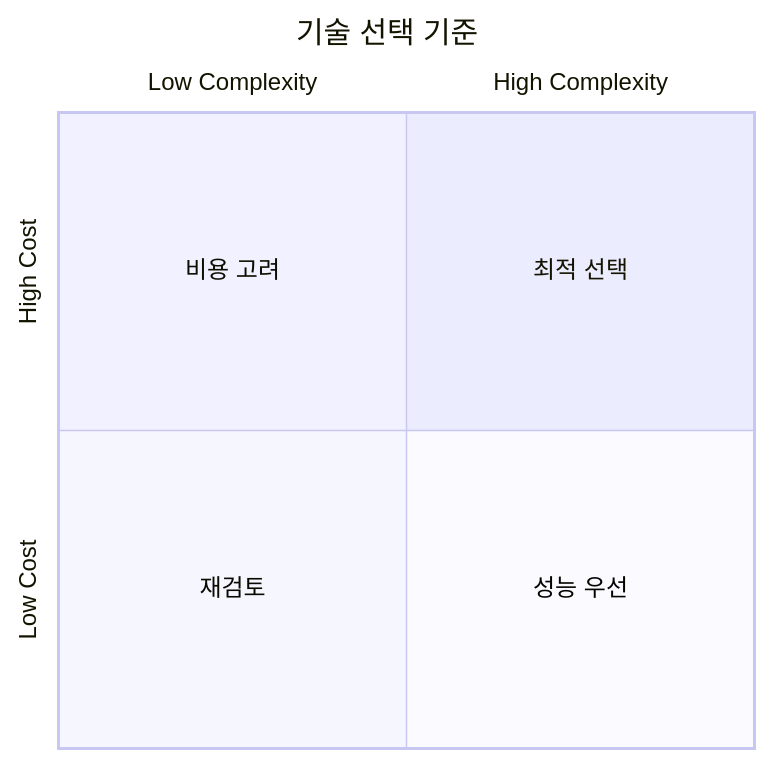
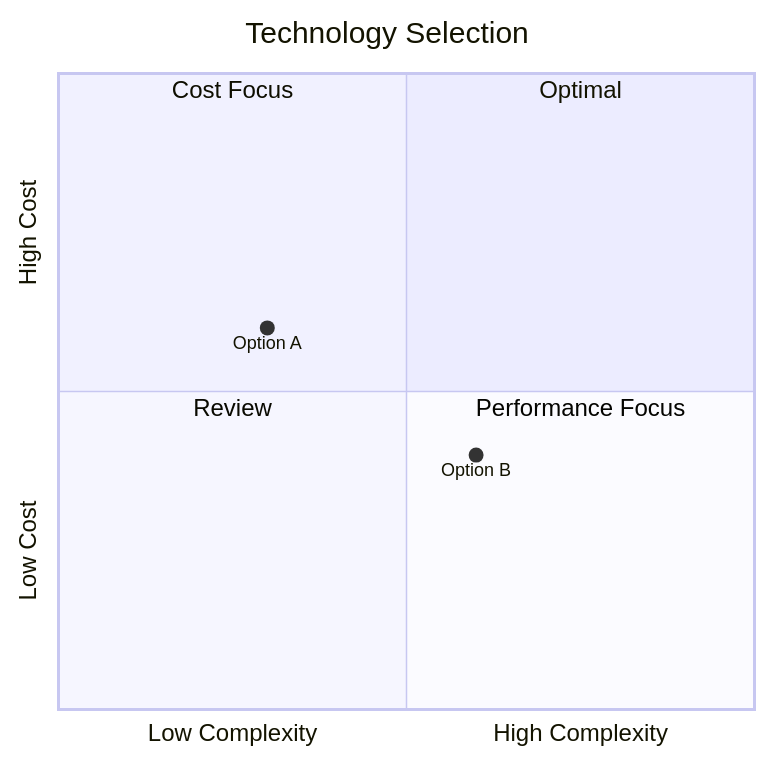
One commit to niceguy61/kdt_devops_lecture_2025 changed the third of 12 diagrams in .amazonq/rules/visualization_priority.md. Above: the diagram before and after it, drawn with Mermaid. The commit also changed other lines of this file, not shown here.

````diff
--- a/.amazonq/rules/visualization_priority.md
+++ b/.amazonq/rules/visualization_priority.md
@@ -156,10 +156,12 @@
 ```mermaid
 quadrantChart
-    title 기술 선택 기준
+    title Technology Selection
     x-axis Low Complexity --> High Complexity
     y-axis Low Cost --> High Cost
-    quadrant-1 최적 선택
-    quadrant-2 비용 고려
-    quadrant-3 재검토
-    quadrant-4 성능 우선
+    quadrant-1 Optimal
+    quadrant-2 Cost Focus
+    quadrant-3 Review
+    quadrant-4 Performance Focus
+    Option A: [0.3, 0.6]
+    Option B: [0.6, 0.4]
 ```
````
